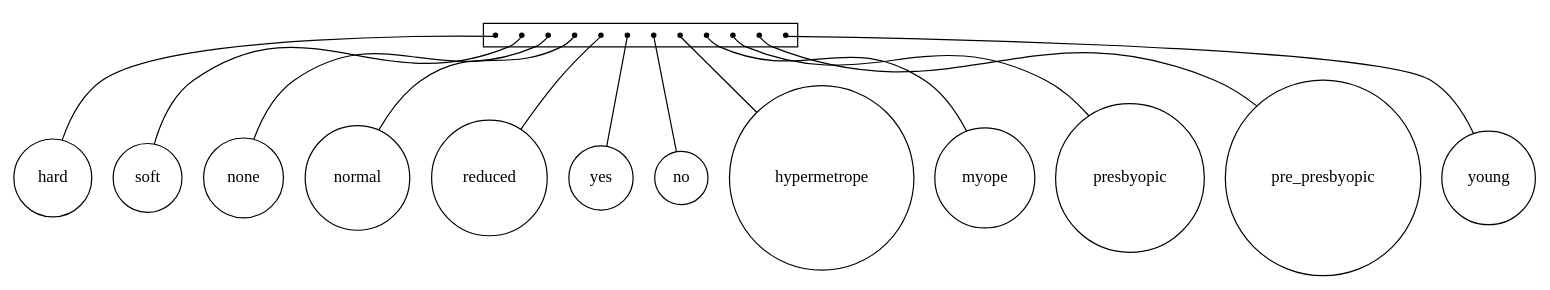
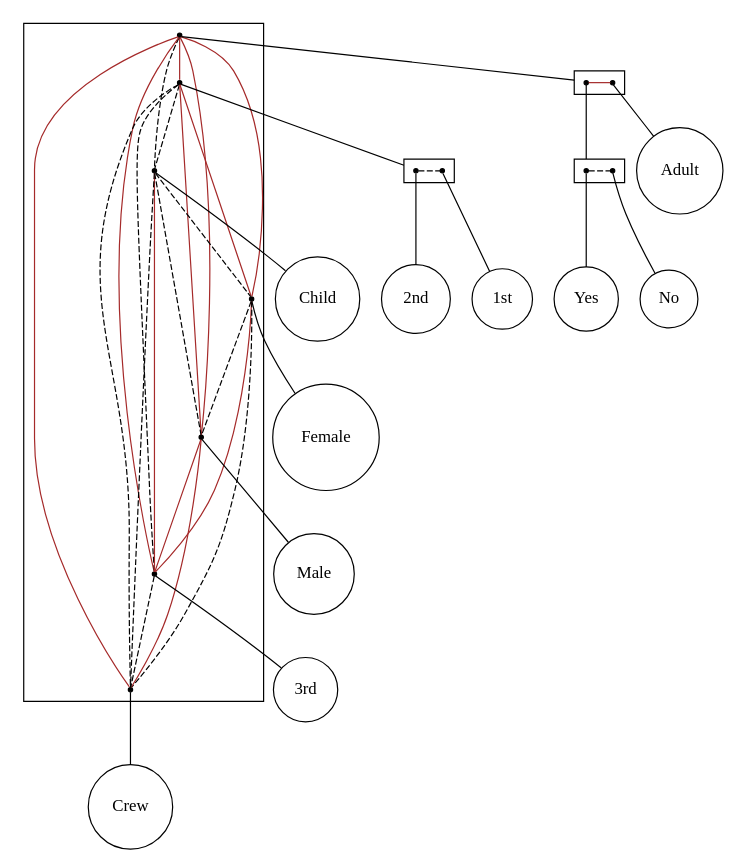
Before and after one commit to lrodrin/TFG: the diagram in src/extension/linear_2-structure.dot, drawn with Graphviz. The commit also changed 9 other files, not shown here.

```diff
--- a/src/extension/linear_2-structure.dot
+++ b/src/extension/linear_2-structure.dot
@@ -1,47 +1,73 @@
 strict digraph "linear_2-structure" {
 compound=true;
 fontname=Verdana;
 fontsize=12;
 newrank=true;
 node [shape=circle];
-hard;
-soft;
-none;
-normal;
-reduced;
-yes;
-no;
-hypermetrope;
-myope;
-presbyopic;
-pre_presbyopic;
-young;
-subgraph cluster_reducednormalhypermetropepresbyopicpre_presbyopicyoungmyopeyesnonesofthardno {
+Child;
+Female;
+Male;
+"3rd";
+Crew;
+Adult;
+"2nd";
+"1st";
+Yes;
+No;
+subgraph cluster_1stFemaleAdultMaleYesChild3rdNoCrew2nd {
 node [shape=point];
-s_hard;
-s_soft;
-s_none;
-s_normal;
-s_reduced;
-s_yes;
-s_no;
-s_hypermetrope;
-s_myope;
-s_presbyopic;
-s_pre_presbyopic;
-s_young;
+s_AdultYesNo -> s_1st2nd  [arrowhead=none, color=brown, style=solid];
+s_AdultYesNo -> s_Child  [arrowhead=none, color=black, style=dashed];
+s_AdultYesNo -> s_Female  [arrowhead=none, color=brown, style=solid];
+s_AdultYesNo -> s_Male  [arrowhead=none, color=brown, style=solid];
+s_AdultYesNo -> s_3rd  [arrowhead=none, color=brown, style=solid];
+s_AdultYesNo -> s_Crew  [arrowhead=none, color=brown, style=solid];
+s_1st2nd -> s_Child  [arrowhead=none, color=black, style=dashed];
+s_1st2nd -> s_Female  [arrowhead=none, color=brown, style=solid];
+s_1st2nd -> s_Male  [arrowhead=none, color=brown, style=solid];
+s_1st2nd -> s_3rd  [arrowhead=none, color=black, style=dashed];
+s_1st2nd -> s_Crew  [arrowhead=none, color=black, style=dashed];
+s_Child -> s_Female  [arrowhead=none, color=black, style=dashed];
+s_Child -> s_Male  [arrowhead=none, color=black, style=dashed];
+s_Child -> s_3rd  [arrowhead=none, color=brown, style=solid];
+s_Child -> s_Crew  [arrowhead=none, color=black, style=dashed];
+s_Female -> s_Male  [arrowhead=none, color=black, style=dashed];
+s_Female -> s_3rd  [arrowhead=none, color=brown, style=solid];
+s_Female -> s_Crew  [arrowhead=none, color=black, style=dashed];
+s_Male -> s_3rd  [arrowhead=none, color=brown, style=solid];
+s_Male -> s_Crew  [arrowhead=none, color=brown, style=solid];
+s_3rd -> s_Crew  [arrowhead=none, color=black, style=dashed];
 }
 
-s_hard -> hard  [arrowhead=none];
-s_soft -> soft  [arrowhead=none];
-s_none -> none  [arrowhead=none];
-s_normal -> normal  [arrowhead=none];
-s_reduced -> reduced  [arrowhead=none];
-s_yes -> yes  [arrowhead=none];
-s_no -> no  [arrowhead=none];
-s_hypermetrope -> hypermetrope  [arrowhead=none];
-s_myope -> myope  [arrowhead=none];
-s_presbyopic -> presbyopic  [arrowhead=none];
-s_pre_presbyopic -> pre_presbyopic  [arrowhead=none];
-s_young -> young  [arrowhead=none];
+subgraph cluster_AdultYesNo {
+rank=same;
+node [shape=point];
+s_YesNo -> s_Adult  [arrowhead=none, color=brown, style=solid];
 }
+
+subgraph cluster_1st2nd {
+rank=same;
+node [shape=point];
+s_2nd -> s_1st  [arrowhead=none, color=black, style=dashed];
+}
+
+subgraph cluster_YesNo {
+rank=same;
+node [shape=point];
+s_Yes -> s_No  [arrowhead=none, color=black, style=dashed];
+}
+
+s_AdultYesNo -> s_YesNo  [arrowhead=none, lhead=cluster_AdultYesNo];
+s_1st2nd -> s_2nd  [arrowhead=none, lhead=cluster_1st2nd];
+s_Child -> Child  [arrowhead=none];
+s_Female -> Female  [arrowhead=none];
+s_Male -> Male  [arrowhead=none];
+s_3rd -> "3rd"  [arrowhead=none];
+s_Crew -> Crew  [arrowhead=none];
+s_YesNo -> s_Yes  [arrowhead=none, lhead=cluster_YesNo];
+s_Adult -> Adult  [arrowhead=none];
+s_2nd -> "2nd"  [arrowhead=none];
+s_1st -> "1st"  [arrowhead=none];
+s_Yes -> Yes  [arrowhead=none];
+s_No -> No  [arrowhead=none];
+}
```
